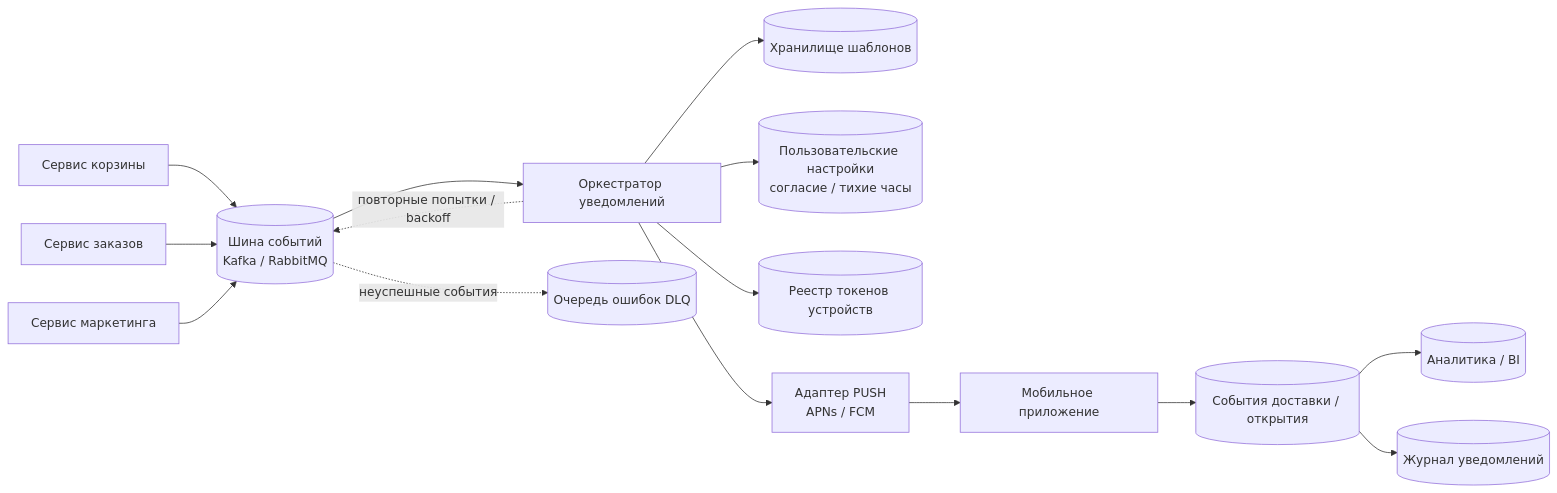
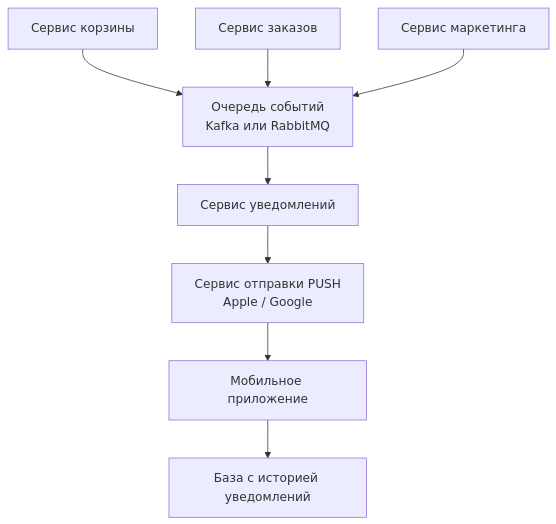
Before and after one commit to michaellu202/system-analyst-test-task: the diagram in solution_test_task_system_analyst.md, drawn with Mermaid. The commit also changed other lines of this file, not shown here.

````diff
--- a/solution_test_task_system_analyst.md
+++ b/solution_test_task_system_analyst.md
@@ -138,36 +138,20 @@
 ```mermaid
-flowchart LR
-    CS[Сервис корзины]
-    OS[Сервис заказов]
-    MS[Сервис маркетинга]
+flowchart TD
+    A[Сервис корзины]
+    B[Сервис заказов]
+    C[Сервис маркетинга]
 
-    EB[(Шина событий<br/>Kafka / RabbitMQ)]
-    NO[Оркестратор уведомлений]
-    TP[(Хранилище шаблонов)]
-    UP[(Пользовательские настройки<br/>согласие / тихие часы)]
-    DT[(Реестр токенов устройств)]
-    PA[Адаптер PUSH<br/>APNs / FCM]
-    MA[Мобильное приложение]
-    EV[(События доставки / открытия)]
-    NL[(Журнал уведомлений)]
-    BI[(Аналитика / BI)]
-    DLQ[(Очередь ошибок DLQ)]
+    D[Очередь событий<br/>Kafka или RabbitMQ]
+    E[Сервис уведомлений]
+    F[Сервис отправки PUSH<br/>Apple / Google]
+    G[Мобильное приложение]
+    H[База с историей уведомлений]
 
-    CS --> EB
-    OS --> EB
-    MS --> EB
-
-    EB --> NO
-    NO --> TP
-    NO --> UP
-    NO --> DT
-    NO --> PA
-
-    PA --> MA
-    MA --> EV
-    EV --> BI
-    EV --> NL
-
-    EB -. неуспешные события .-> DLQ
-    NO -. повторные попытки / backoff .-> EB
+    A --> D
+    B --> D
+    C --> D
+    D --> E
+    E --> F
+    F --> G
+    G --> H
 ```
````
